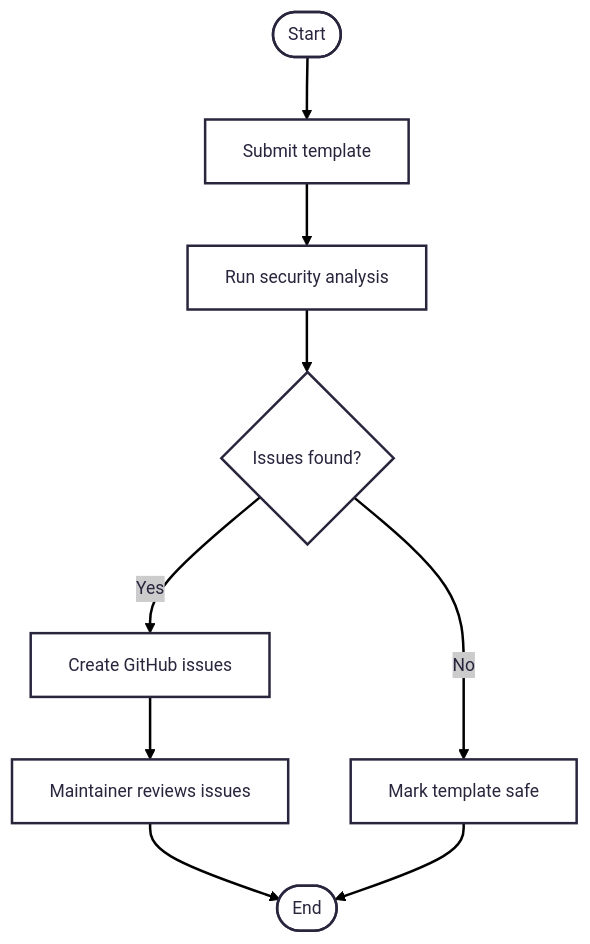
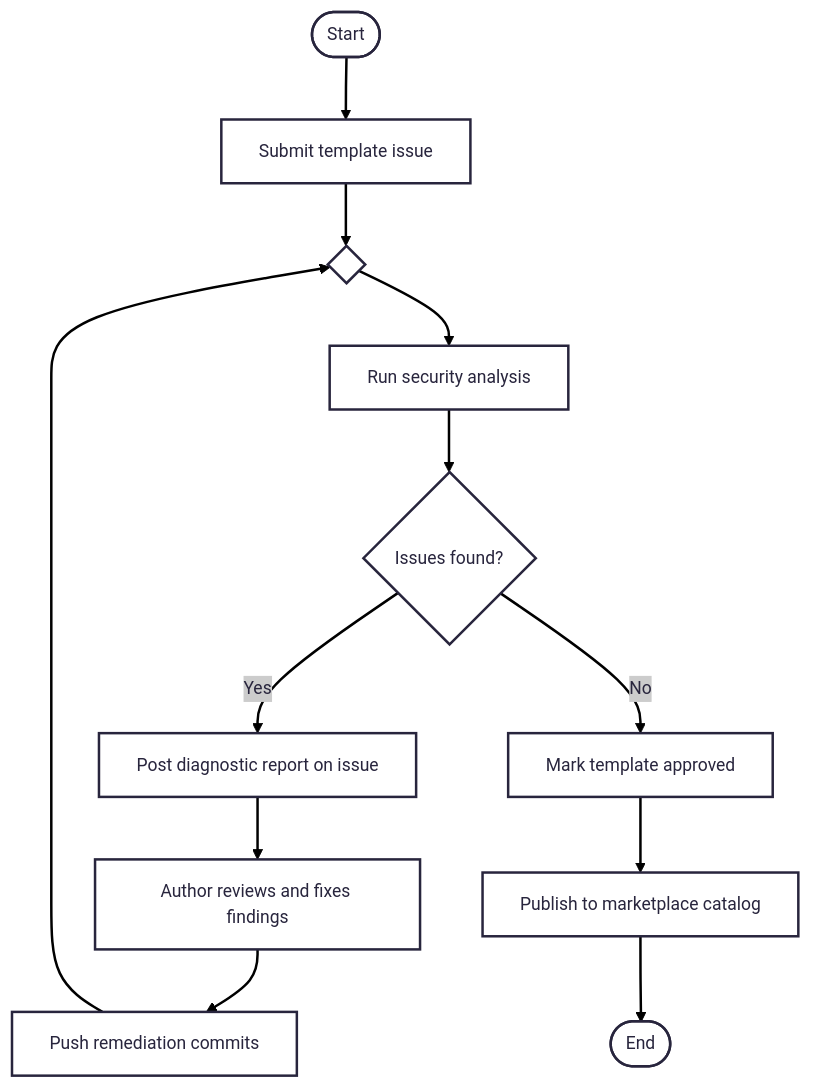
One commit to Litho-MD/uet-fyp-docs changed the diagram in diagrams/mmd/userflow/12-ai-security-review.mmd. Above: the diagram before and after it, drawn with Mermaid. The commit also changed 15 other files, not shown here.

Commit message:
feat(diagrams): harmonize AI authoring, security review, and MCP diagrams with diamond loops, clean exits, and sequence modeling

```diff
--- a/diagrams/mmd/userflow/12-ai-security-review.mmd
+++ b/diagrams/mmd/userflow/12-ai-security-review.mmd
@@ -1,16 +1,19 @@
 ---
 config:
   theme: redux
   look: classic
 ---
 flowchart TD
-    A([Start]) --> B[Submit template]
-    B --> C[Run security analysis]
+    A([Start]) --> B[Submit template issue]
+    B --> M_scan{" "}
+    M_scan --> C[Run security analysis]
     C --> D{Issues found?}
 
-    D -- Yes --> E[Create GitHub issues]
-    E --> F[Maintainer reviews issues]
-    F --> G([End])
+    D -- Yes --> E[Post diagnostic report on issue]
+    E --> F[Author reviews and fixes findings]
+    F --> G[Push remediation commits]
+    G --> M_scan
 
-    D -- No --> H[Mark template safe]
-    H --> G
+    D -- No --> H[Mark template approved]
+    H --> I[Publish to marketplace catalog]
+    I --> J([End])
```
